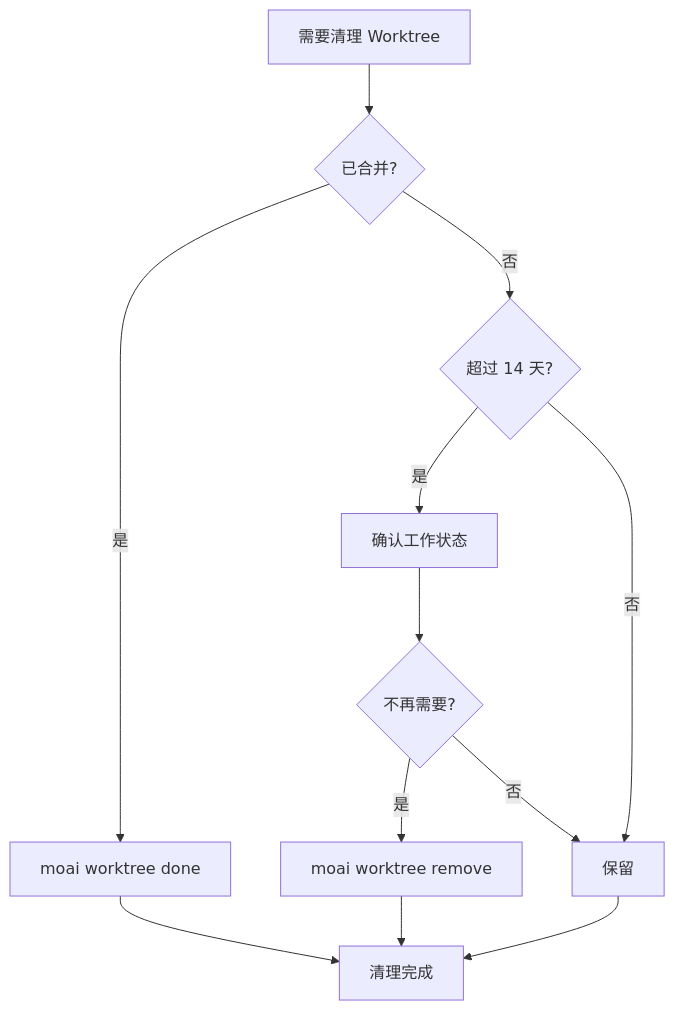
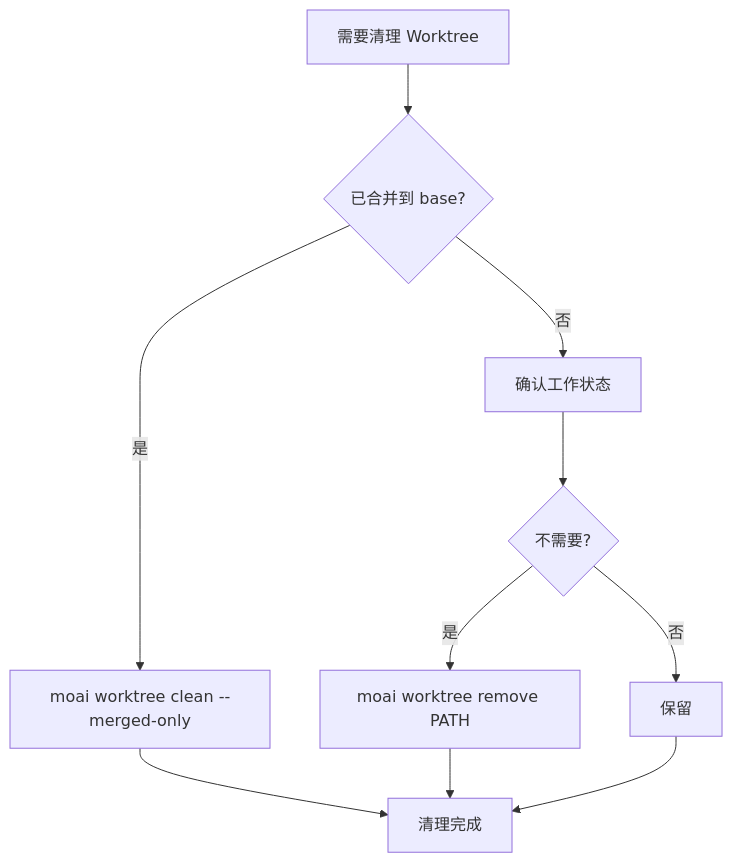
The seventh of 9 diagrams in docs-site/content/zh/worktree/faq.md (modu-ai/moai-adk), drawn with Mermaid before and after one commit. The commit also changed other lines of this file and 180 other files, not shown here.

````diff
--- a/docs-site/content/zh/worktree/faq.md
+++ b/docs-site/content/zh/worktree/faq.md
@@ -344,14 +330,12 @@
 ```mermaid
 graph TD
-    A[需要清理 Worktree] --> B{已合并?}
-    B -->|是| C[moai worktree done]
-    B -->|否| D{超过 14 天?}
-    D -->|是| E[确认工作状态]
-    D -->|否| F[保留]
-    E --> G{不再需要?}
-    G -->|是| H[moai worktree remove]
-    G -->|否| F
-    C --> I[清理完成]
-    H --> I
-    F --> I
+    A[需要清理 Worktree] --> B{已合并到 base?}
+    B -->|是| C[moai worktree clean --merged-only]
+    B -->|否| D[确认工作状态]
+    D --> E{不需要?}
+    E -->|是| F[moai worktree remove PATH]
+    E -->|否| G[保留]
+    C --> H[清理完成]
+    F --> H
+    G --> H
 ```
````
